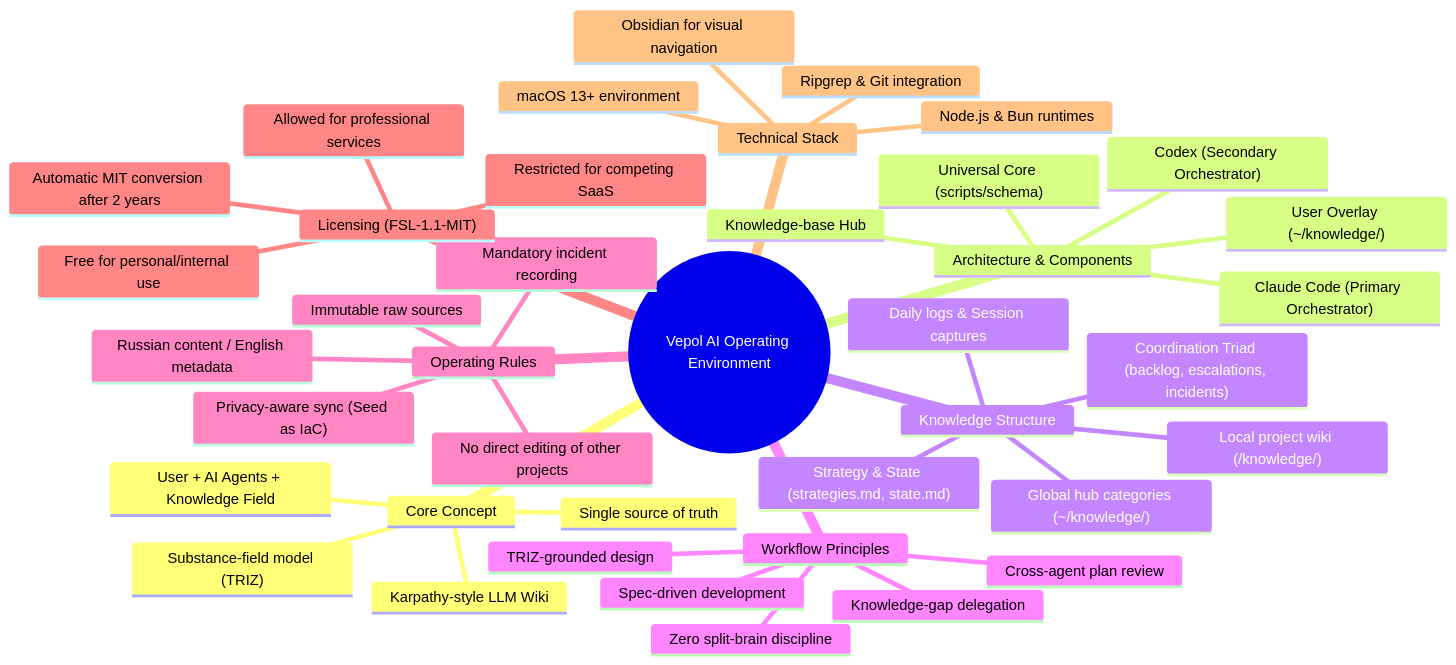
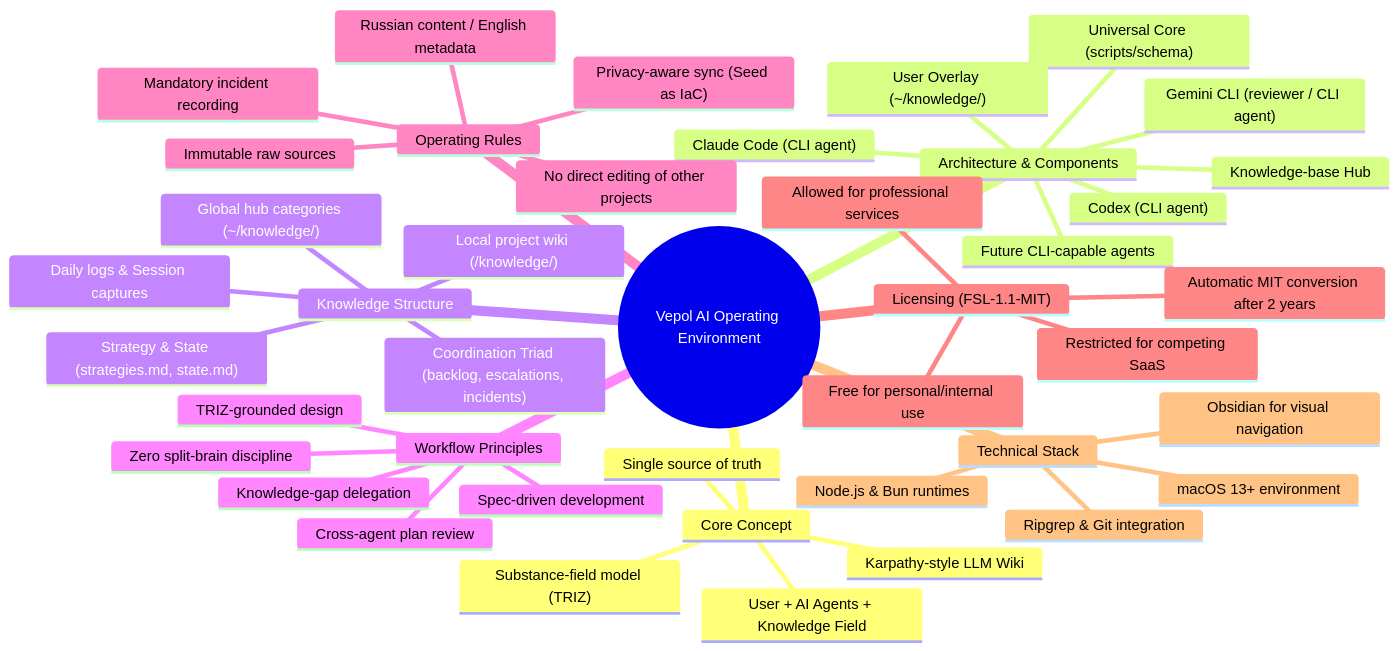
One commit to nahornyi-ai-lab/vepol changed the diagram in docs/visuals/vepol-mindmap.md. Above: the diagram before and after it, drawn with Mermaid. The commit also changed 30 other files, not shown here.

Commit message:
feat: make AGENTS.md the canonical agent entrypoint

````diff
--- a/docs/visuals/vepol-mindmap.md
+++ b/docs/visuals/vepol-mindmap.md
@@ -7,43 +7,45 @@
 ```mermaid
 mindmap
   root((Vepol AI Operating Environment))
     Core Concept
       Substance-field model &lpar;TRIZ&rpar;
       User + AI Agents + Knowledge Field
       Karpathy-style LLM Wiki
       Single source of truth
     Architecture & Components
       Universal Core &lpar;scripts/schema&rpar;
       User Overlay &lpar;~/knowledge/&rpar;
-      Claude Code &lpar;Primary Orchestrator&rpar;
-      Codex &lpar;Secondary Orchestrator&rpar;
+      Claude Code &lpar;CLI agent&rpar;
+      Codex &lpar;CLI agent&rpar;
+      Gemini CLI &lpar;reviewer / CLI agent&rpar;
+      Future CLI-capable agents
       Knowledge-base Hub
     Knowledge Structure
       Local project wiki &lpar;<project>/knowledge/&rpar;
       Global hub categories &lpar;~/knowledge/&rpar;
       Coordination Triad &lpar;backlog, escalations, incidents&rpar;
       Strategy & State &lpar;strategies.md, state.md&rpar;
       Daily logs & Session captures
     Workflow Principles
       Spec-driven development
       TRIZ-grounded design
       Cross-agent plan review
       Knowledge-gap delegation
       Zero split-brain discipline
     Operating Rules
       Immutable raw sources
       No direct editing of other projects
       Mandatory incident recording
       Privacy-aware sync &lpar;Seed as IaC&rpar;
       Russian content / English metadata
     Licensing &lpar;FSL-1.1-MIT&rpar;
       Free for personal/internal use
       Allowed for professional services
       Restricted for competing SaaS
       Automatic MIT conversion after 2 years
     Technical Stack
       macOS 13+ environment
       Node.js & Bun runtimes
       Ripgrep & Git integration
       Obsidian for visual navigation
 ```
````
